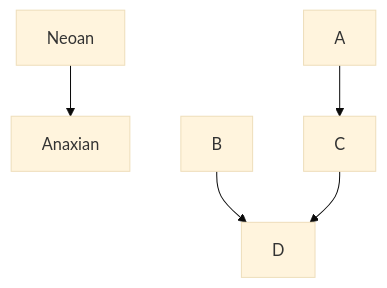
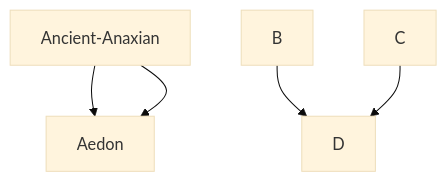
The diagram in Docs/Lore/Language.md (DELUXEHUNTER/Neoa), drawn with Mermaid (base theme) before and after one commit. The commit also changed other lines of this file, not shown here.

Commit message:
messing with charts

````diff
--- a/Docs/Lore/Language.md
+++ b/Docs/Lore/Language.md
@@ -32,7 +16,7 @@
 ```mermaid
 graph TD;
-    Neoan-->Anaxian;
-    A-->C;
+    Ancient-Anaxian-->Aedon;
+    Ancient-Anaxian-->Aedon;
     B-->D;
     C-->D;
 ```
````
